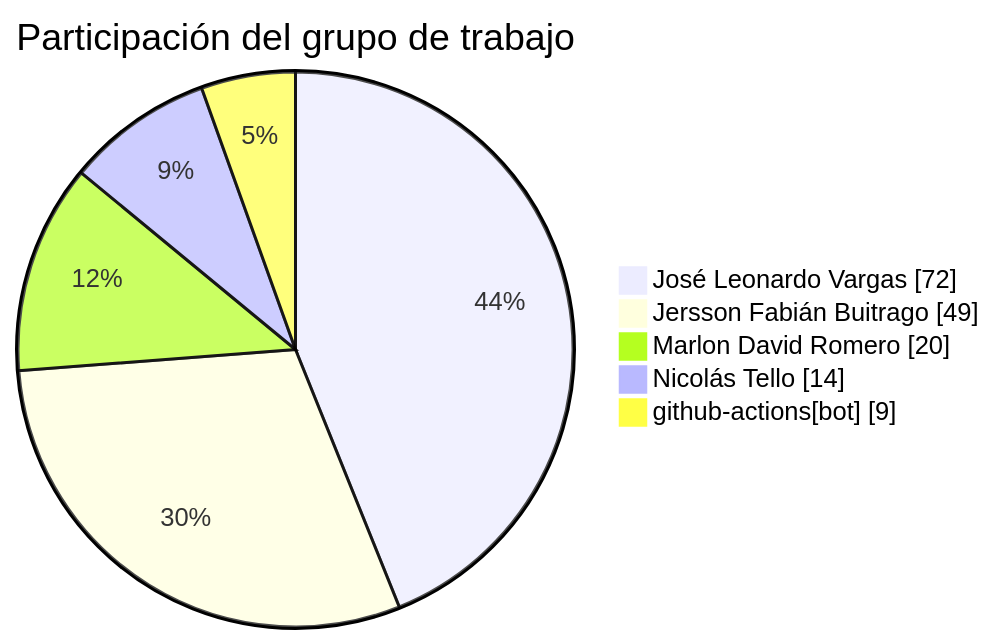
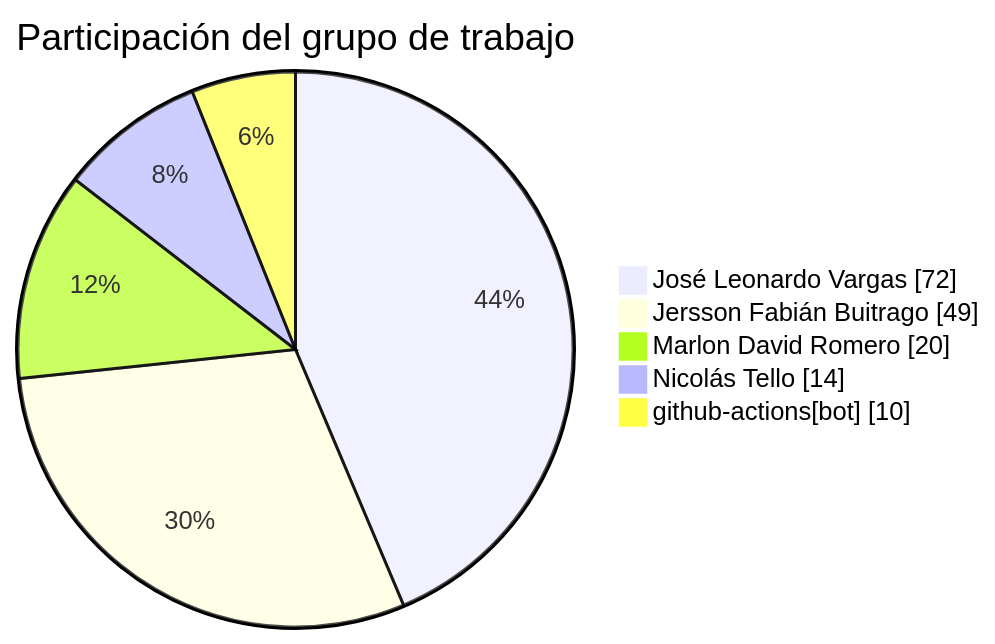
One commit to FarmaExpres/FarmaExpres changed the first of 2 diagrams in README.md. Above: the diagram before and after it, drawn with Mermaid. The commit also changed other lines of this file and 1 other file, not shown here.

````diff
--- a/README.md
+++ b/README.md
@@ -27,9 +27,9 @@
 ```mermaid
 pie showData
     title Participación del grupo de trabajo
     "José Leonardo Vargas" : 72
     "Jersson Fabián Buitrago" : 49
     "Marlon David Romero" : 20
     "Nicolás Tello" : 14
-    "github-actions[bot]" : 9
+    "github-actions[bot]" : 10
 ```
````
